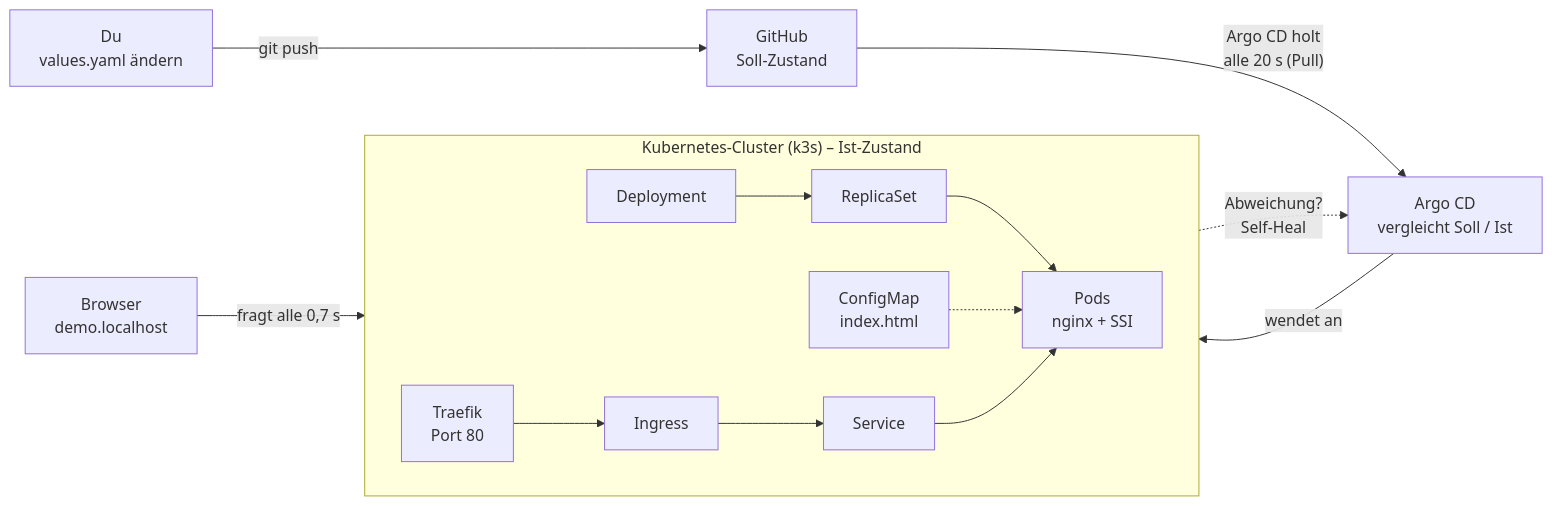
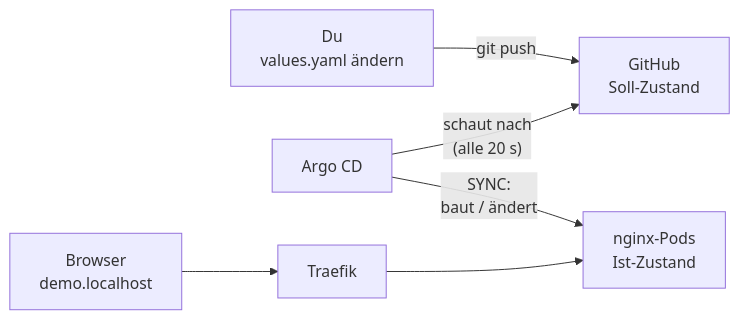
Before and after one commit to GreenPickle392/gitops-demo: the diagram in docs/Anleitung.md, drawn with Mermaid. The commit also changed other lines of this file and 13 other files, not shown here.

Commit message:
Spickzettel für die einfache Demo (manueller Sync), Folien und README angepasst

````diff
--- a/docs/Anleitung.md
+++ b/docs/Anleitung.md
@@ -28,14 +37,7 @@
 ```mermaid
 flowchart LR
     Du["Du<br/>values.yaml ändern"] -->|"git push"| GH["GitHub<br/>Soll-Zustand"]
-    GH -->|"Argo CD holt<br/>alle 20 s (Pull)"| Argo["Argo CD<br/>vergleicht Soll / Ist"]
-    Argo -->|"wendet an"| Dep
-    subgraph K8s["Kubernetes-Cluster (k3s) – Ist-Zustand"]
-        direction LR
-        Dep["Deployment"] --> RS["ReplicaSet"] --> Pods["Pods<br/>nginx + SSI"]
-        CM["ConfigMap<br/>index.html"] -.-> Pods
-        Traefik["Traefik<br/>Port 80"] --> Ing["Ingress"] --> Svc["Service"] --> Pods
-    end
-    Pods -.->|"Abweichung?<br/>Self-Heal"| Argo
-    Browser["Browser<br/>demo.localhost"] -->|"fragt alle 0,7 s"| Traefik
+    Argo["Argo CD"] -->|"schaut nach<br/>(alle 20 s)"| GH
+    Argo -->|"SYNC:<br/>baut / ändert"| Web["nginx-Pods<br/>Ist-Zustand"]
+    Browser["Browser<br/>demo.localhost"] --> Traefik["Traefik"] --> Web
 ```
````
